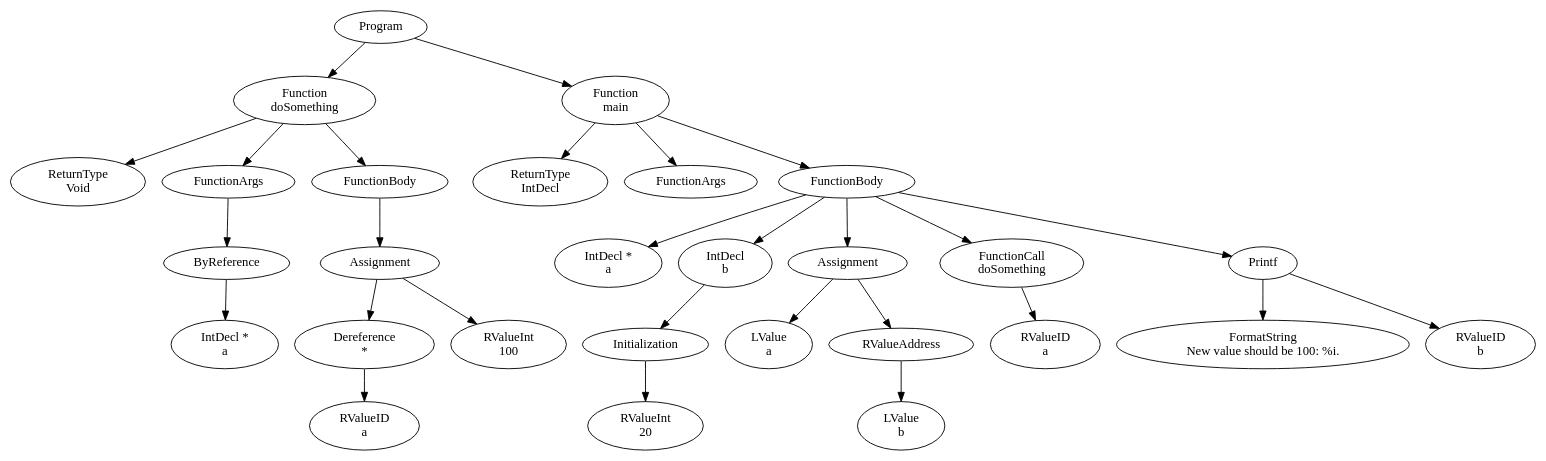
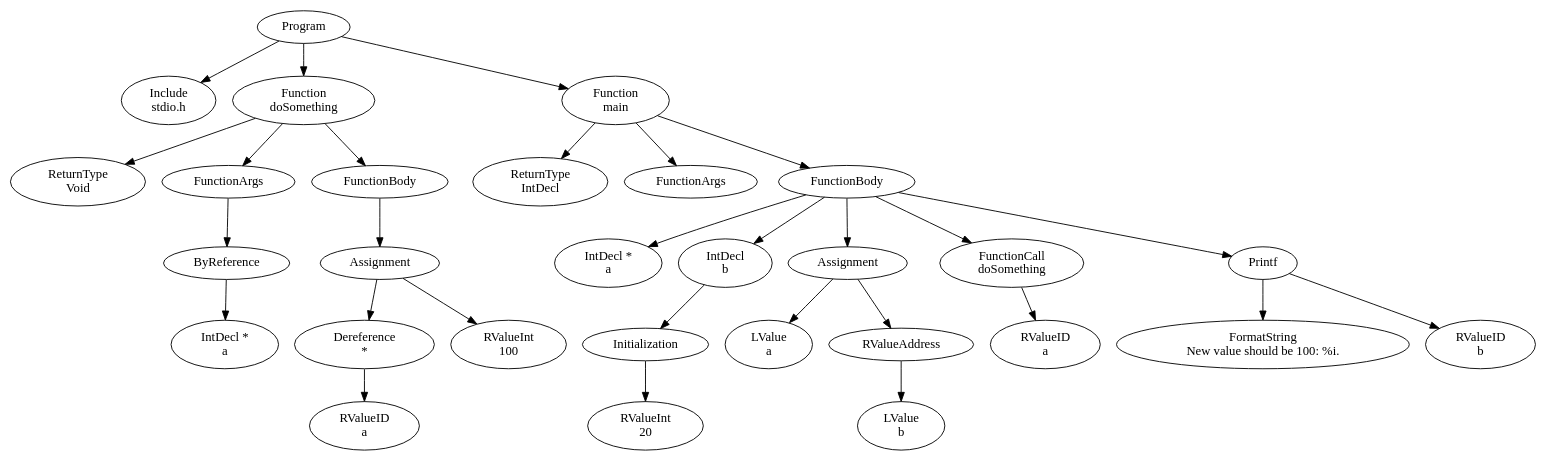
One commit to FedericoQuin/Compilers changed the diagram in official/res/solutions/advanced_pointers2.dot. Above: the diagram before and after it, drawn with Graphviz. The commit also changed 5 other files, not shown here.

```diff
--- a/official/res/solutions/advanced_pointers2.dot
+++ b/official/res/solutions/advanced_pointers2.dot
@@ -1,57 +1,59 @@
 digraph AST {
-2 [label="Program"];
-3 [label="Function \ndoSomething"];
-4 [label="ReturnType \nVoid"];
-5 [label="FunctionArgs"];
-6 [label="ByReference"];
-7 [label="IntDecl * \na"];
-6 -> 7;
+3 [label="Program"];
+4 [label="Include \nstdio.h"];
+5 [label="Function \ndoSomething"];
+6 [label="ReturnType \nVoid"];
+7 [label="FunctionArgs"];
+8 [label="ByReference"];
+9 [label="IntDecl * \na"];
+8 -> 9;
+7 -> 8;
+10 [label="FunctionBody"];
+11 [label="Assignment"];
+12 [label="Dereference \n*"];
+13 [label="RValueID \na"];
+12 -> 13;
+14 [label="RValueInt \n100"];
+11 -> 12;
+11 -> 14;
+10 -> 11;
 5 -> 6;
-8 [label="FunctionBody"];
-9 [label="Assignment"];
-10 [label="Dereference \n*"];
-11 [label="RValueID \na"];
-10 -> 11;
-12 [label="RValueInt \n100"];
-9 -> 10;
-9 -> 12;
-8 -> 9;
+5 -> 7;
+5 -> 10;
+15 [label="Function \nmain"];
+16 [label="ReturnType \nIntDecl"];
+17 [label="FunctionArgs"];
+18 [label="FunctionBody"];
+19 [label="IntDecl * \na"];
+20 [label="IntDecl \nb"];
+21 [label="Initialization"];
+22 [label="RValueInt \n20"];
+21 -> 22;
+20 -> 21;
+23 [label="Assignment"];
+24 [label="LValue \na"];
+25 [label="RValueAddress"];
+26 [label="LValue \nb"];
+25 -> 26;
+23 -> 24;
+23 -> 25;
+27 [label="FunctionCall \ndoSomething"];
+28 [label="RValueID \na"];
+27 -> 28;
+29 [label="Printf"];
+30 [label="FormatString \nNew value should be 100: %i.\n"];
+31 [label="RValueID \nb"];
+29 -> 30;
+29 -> 31;
+18 -> 19;
+18 -> 20;
+18 -> 23;
+18 -> 27;
+18 -> 29;
+15 -> 16;
+15 -> 17;
+15 -> 18;
 3 -> 4;
 3 -> 5;
-3 -> 8;
-13 [label="Function \nmain"];
-14 [label="ReturnType \nIntDecl"];
-15 [label="FunctionArgs"];
-16 [label="FunctionBody"];
-17 [label="IntDecl * \na"];
-18 [label="IntDecl \nb"];
-19 [label="Initialization"];
-20 [label="RValueInt \n20"];
-19 -> 20;
-18 -> 19;
-21 [label="Assignment"];
-22 [label="LValue \na"];
-23 [label="RValueAddress"];
-24 [label="LValue \nb"];
-23 -> 24;
-21 -> 22;
-21 -> 23;
-25 [label="FunctionCall \ndoSomething"];
-26 [label="RValueID \na"];
-25 -> 26;
-27 [label="Printf"];
-28 [label="FormatString \nNew value should be 100: %i.\n"];
-29 [label="RValueID \nb"];
-27 -> 28;
-27 -> 29;
-16 -> 17;
-16 -> 18;
-16 -> 21;
-16 -> 25;
-16 -> 27;
-13 -> 14;
-13 -> 15;
-13 -> 16;
-2 -> 3;
-2 -> 13;
+3 -> 15;
 }
```
